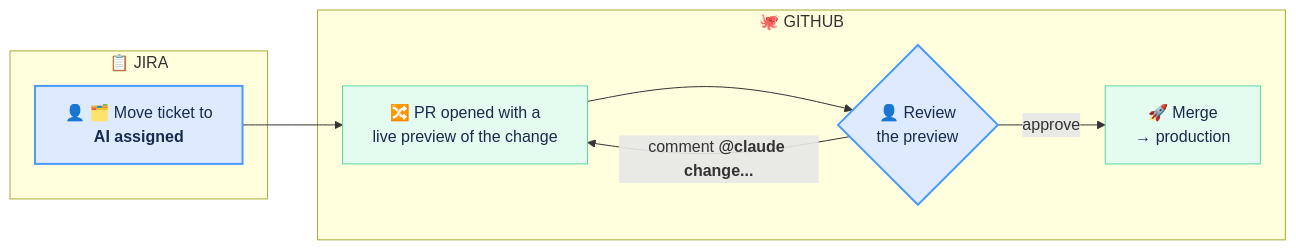
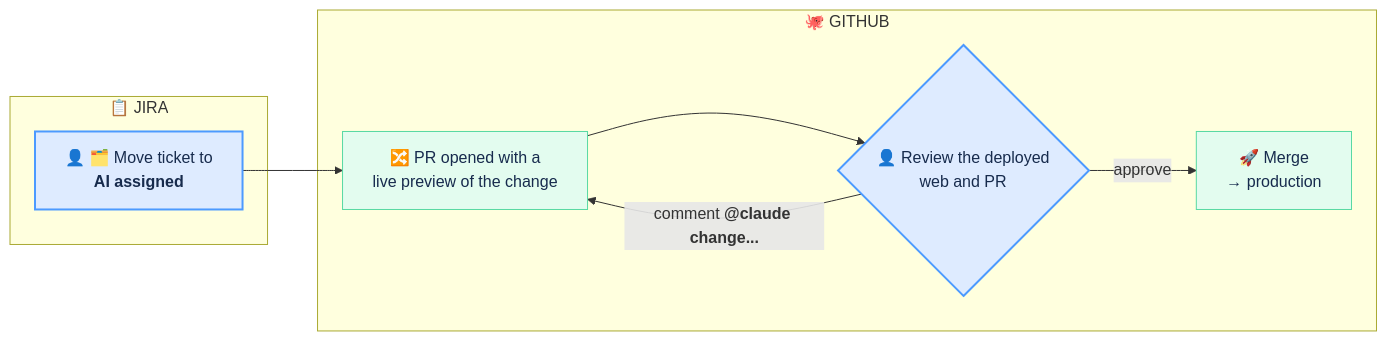
Before and after one commit to gonz96/agentic-prs: the first of 2 diagrams in README.md, drawn with Mermaid. The commit also changed other lines of this file, not shown here.

Commit message:
Restore the vertical under-the-hood diagram; clarify the review step

````diff
--- a/README.md
+++ b/README.md
@@ -19,21 +19,21 @@
 ```mermaid
 flowchart LR
     subgraph JIRA["📋 JIRA"]
         A["👤 🗂️ Move ticket to<br/><b>AI assigned</b>"]
     end
 
     subgraph GH["🐙 GITHUB"]
         B["🔀 PR opened with a<br/>live preview of the change"]
-        C{"👤 Review<br/>the preview"}
+        C{"👤 Review the deployed<br/>web and PR"}
         D["🚀 Merge<br/>→ production"]
     end
 
     A --> B --> C
     C -->|"approve"| D
     C -->|"comment <b>@claude change...</b>"| B
 
     classDef manual fill:#deebff,stroke:#4c9aff,stroke-width:2px,color:#172b4d
     classDef auto fill:#e3fcef,stroke:#57d9a3,color:#172b4d
     class A,C manual
     class B,D auto
 ```
````
